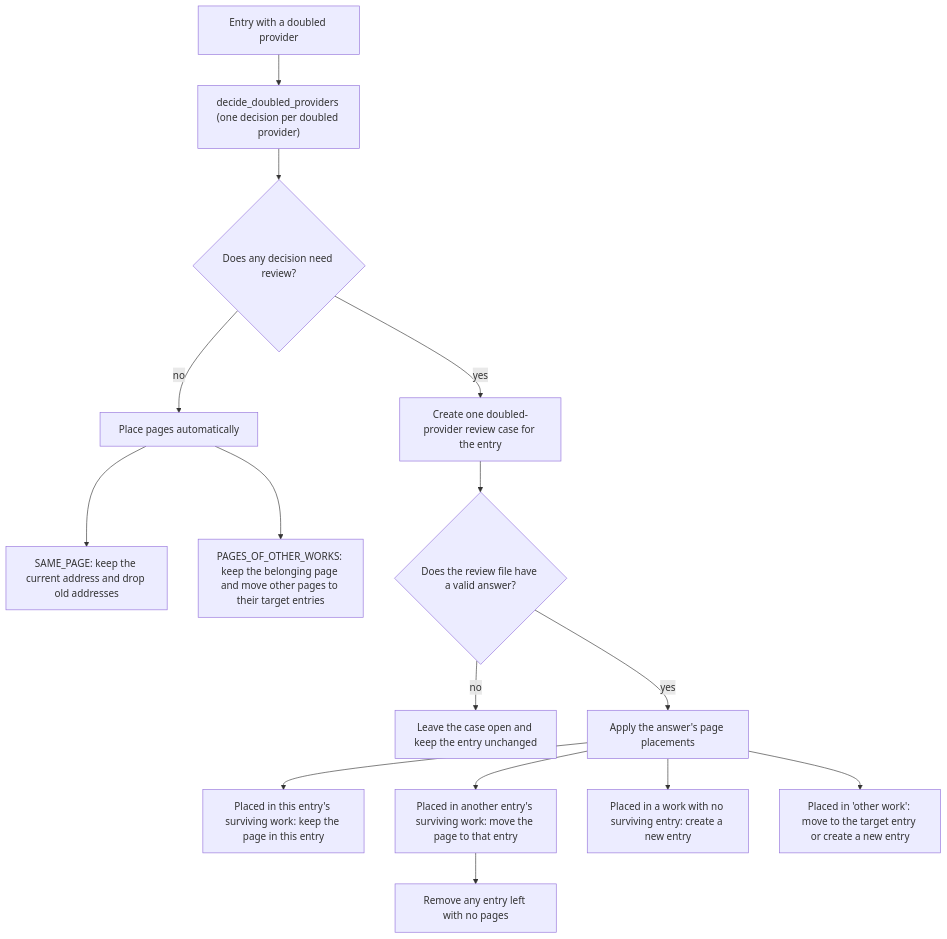
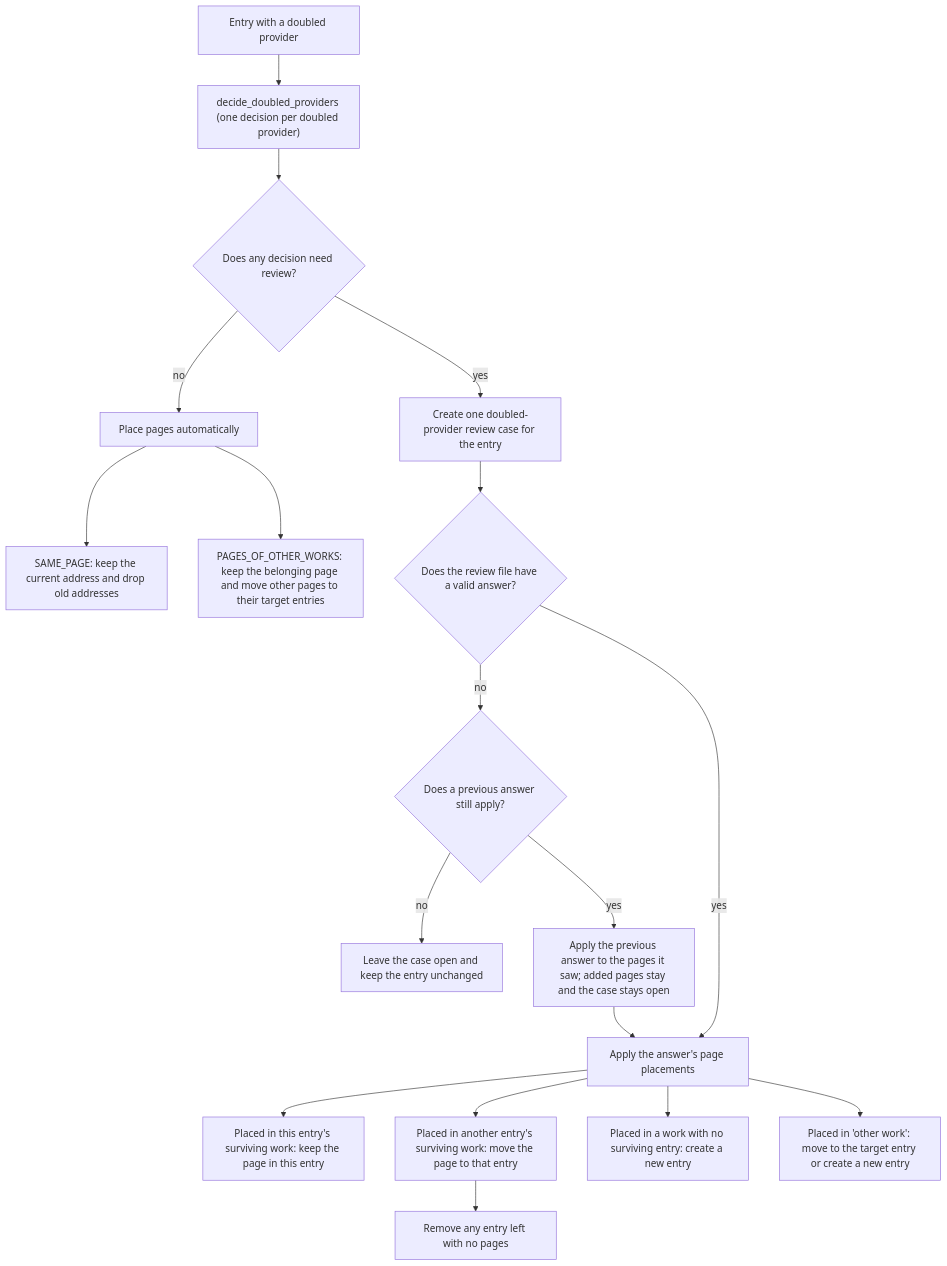
One commit to adnanaq/echora changed the third of 5 diagrams in libs/work_matching/README.md. Above: the diagram before and after it, drawn with Mermaid. The commit also changed other lines of this file and 2 other files, not shown here.

````diff
--- a/libs/work_matching/README.md
+++ b/libs/work_matching/README.md
@@ -350,17 +350,20 @@
 ```mermaid
 flowchart TD
     entry["Entry with a doubled provider"] --> decide["decide_doubled_providers (one decision per doubled provider)"]
     decide --> needs{"Does any decision need review?"}
     needs -- "no" --> rules["Place pages automatically"]
     rules --> same["SAME_PAGE: keep the current address and drop old addresses"]
     rules --> moved["PAGES_OF_OTHER_WORKS: keep the belonging page and move other pages to their target entries"]
     needs -- "yes" --> entry_case["Create one doubled-provider review case for the entry"]
     entry_case --> answer{"Does the review file have a valid answer?"}
-    answer -- "no" --> open["Leave the case open and keep the entry unchanged"]
+    answer -- "no" --> previous{"Does a previous answer still apply?"}
+    previous -- "no" --> open["Leave the case open and keep the entry unchanged"]
+    previous -- "yes" --> previous_placed["Apply the previous answer to the pages it saw; added pages stay and the case stays open"]
+    previous_placed --> placed
     answer -- "yes" --> placed["Apply the answer's page placements"]
     placed --> stays["Placed in this entry's surviving work: keep the page in this entry"]
     placed --> joins["Placed in another entry's surviving work: move the page to that entry"]
     placed --> new_entry["Placed in a work with no surviving entry: create a new entry"]
     placed --> other["Placed in 'other work': move to the target entry or create a new entry"]
     joins --> removed["Remove any entry left with no pages"]
 ```
````
